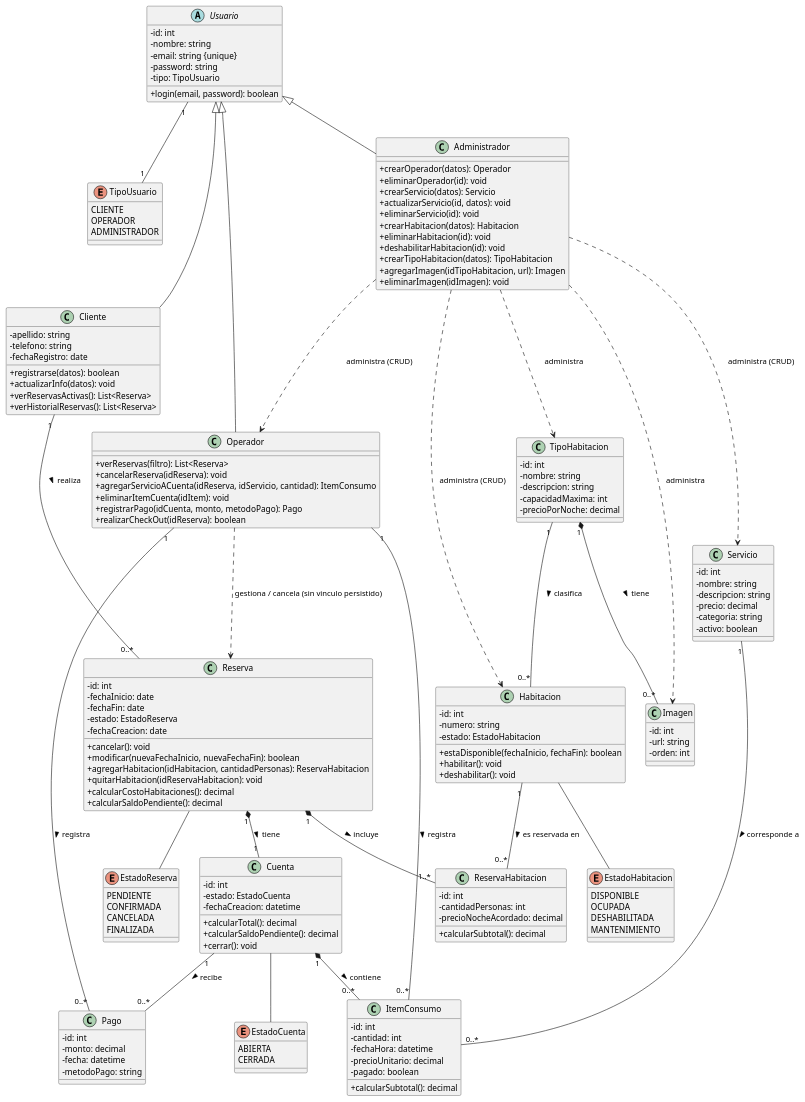
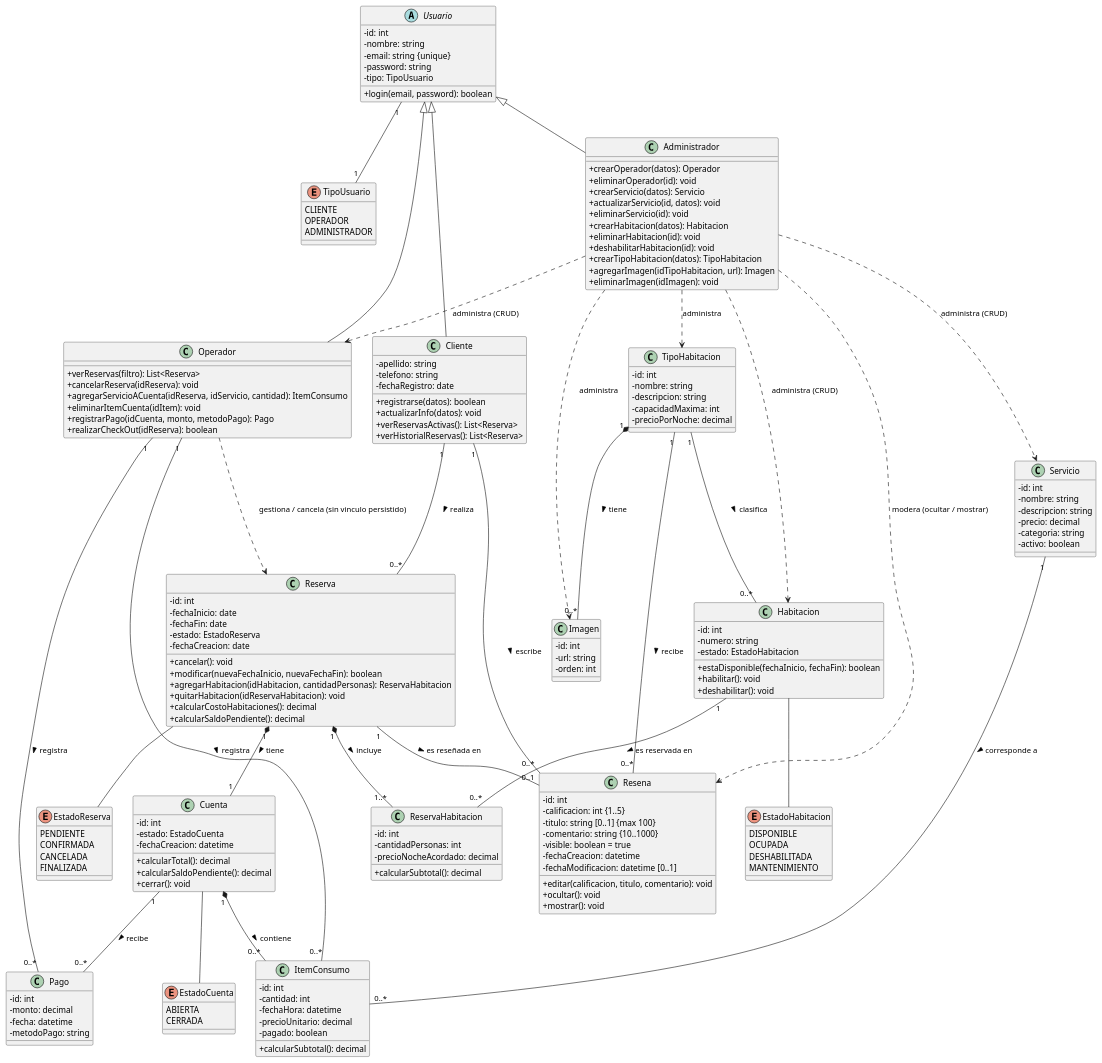
One commit to Jose-Villarroel/TheRoyale changed the diagram in Docs/diagrama_clases_hotel.puml. Above: the diagram before and after it, drawn with PlantUML. The commit also changed 55 other files, not shown here.

```diff
--- a/Docs/diagrama_clases_hotel.puml
+++ b/Docs/diagrama_clases_hotel.puml
@@ -1,181 +1,198 @@
 @startuml DiagramaClasesTheRoyale
 skinparam classAttributeIconSize 0
 
 enum EstadoReserva {
   PENDIENTE
   CONFIRMADA
   CANCELADA
   FINALIZADA
 }
 
 enum EstadoHabitacion {
   DISPONIBLE
   OCUPADA
   DESHABILITADA
   MANTENIMIENTO
 }
 
 enum EstadoCuenta {
   ABIERTA
   CERRADA
 }
 
 enum TipoUsuario {
   CLIENTE
   OPERADOR
   ADMINISTRADOR
 }
 
 abstract class Usuario {
   -id: int
   -nombre: string
   -email: string {unique}
   -password: string
   -tipo: TipoUsuario
   +login(email, password): boolean
 }
 
 class Cliente extends Usuario {
   -apellido: string
   -telefono: string
   -fechaRegistro: date
   +registrarse(datos): boolean
   +actualizarInfo(datos): void
   +verReservasActivas(): List<Reserva>
   +verHistorialReservas(): List<Reserva>
 }
 
 class Operador extends Usuario {
   +verReservas(filtro): List<Reserva>
   +cancelarReserva(idReserva): void
   +agregarServicioACuenta(idReserva, idServicio, cantidad): ItemConsumo
   +eliminarItemCuenta(idItem): void
   +registrarPago(idCuenta, monto, metodoPago): Pago
   +realizarCheckOut(idReserva): boolean
 }
 
 class Administrador extends Usuario {
   +crearOperador(datos): Operador
   +eliminarOperador(id): void
   +crearServicio(datos): Servicio
   +actualizarServicio(id, datos): void
   +eliminarServicio(id): void
   +crearHabitacion(datos): Habitacion
   +eliminarHabitacion(id): void
   +deshabilitarHabitacion(id): void
   +crearTipoHabitacion(datos): TipoHabitacion
   +agregarImagen(idTipoHabitacion, url): Imagen
   +eliminarImagen(idImagen): void
 }
 
 Usuario "1" -- "1" TipoUsuario
 
 class TipoHabitacion {
   -id: int
   -nombre: string
   -descripcion: string
   -capacidadMaxima: int
   -precioPorNoche: decimal
 }
 
 class Imagen {
   -id: int
   -url: string
   -orden: int
 }
 
 class Habitacion {
   -id: int
   -numero: string
   -estado: EstadoHabitacion
   +estaDisponible(fechaInicio, fechaFin): boolean
   +habilitar(): void
   +deshabilitar(): void
 }
 
 class Reserva {
   -id: int
   -fechaInicio: date
   -fechaFin: date
   -estado: EstadoReserva
   -fechaCreacion: date
   +cancelar(): void
   +modificar(nuevaFechaInicio, nuevaFechaFin): boolean
   +agregarHabitacion(idHabitacion, cantidadPersonas): ReservaHabitacion
   +quitarHabitacion(idReservaHabitacion): void
   +calcularCostoHabitaciones(): decimal
   +calcularSaldoPendiente(): decimal
 }
 
 class ReservaHabitacion {
   -id: int
   -cantidadPersonas: int
   -precioNocheAcordado: decimal
   +calcularSubtotal(): decimal
 }
 
 class Cuenta {
   -id: int
   -estado: EstadoCuenta
   -fechaCreacion: datetime
   +calcularTotal(): decimal
   +calcularSaldoPendiente(): decimal
   +cerrar(): void
 }
 
+class Resena {
+  -id: int
+  -calificacion: int {1..5}
+  -titulo: string [0..1] {max 100}
+  -comentario: string {10..1000}
+  -visible: boolean = true
+  -fechaCreacion: datetime
+  -fechaModificacion: datetime [0..1]
+  +editar(calificacion, titulo, comentario): void
+  +ocultar(): void
+  +mostrar(): void
+}
+
 class Pago {
   -id: int
   -monto: decimal
   -fecha: datetime
   -metodoPago: string
 }
 
 class Servicio {
   -id: int
   -nombre: string
   -descripcion: string
   -precio: decimal
   -categoria: string
   -activo: boolean
 }
 
 class ItemConsumo {
   -id: int
   -cantidad: int
   -fechaHora: datetime
   -precioUnitario: decimal
   -pagado: boolean
   +calcularSubtotal(): decimal
 }
 
 ' ---- Relaciones ----
 Cliente "1" -- "0..*" Reserva : realiza >
 
 TipoHabitacion "1" -- "0..*" Habitacion : clasifica >
 TipoHabitacion "1" *-- "0..*" Imagen : tiene >
 
 Reserva "1" *-- "1..*" ReservaHabitacion : incluye >
 Habitacion "1" -- "0..*" ReservaHabitacion : es reservada en >
 
 Reserva "1" *-- "1" Cuenta : tiene >
+Reserva "1" -- "0..1" Resena : es reseñada en >
+Cliente "1" -- "0..*" Resena : escribe >
+TipoHabitacion "1" -- "0..*" Resena : recibe >
 
 Cuenta "1" *-- "0..*" ItemConsumo : contiene >
 Cuenta "1" -- "0..*" Pago : recibe >
 
 Servicio "1" -- "0..*" ItemConsumo : corresponde a >
 
 Operador "1" -- "0..*" ItemConsumo : registra >
 Operador "1" -- "0..*" Pago : registra >
 Operador ..> Reserva : gestiona / cancela (sin vinculo persistido)
 
 Administrador ..> Operador : administra (CRUD)
 Administrador ..> Servicio : administra (CRUD)
 Administrador ..> Habitacion : administra (CRUD)
 Administrador ..> TipoHabitacion : administra
 Administrador ..> Imagen : administra
+Administrador ..> Resena : modera (ocultar / mostrar)
 
 Habitacion -- EstadoHabitacion
 Reserva -- EstadoReserva
 Cuenta -- EstadoCuenta
 
 @enduml
```
